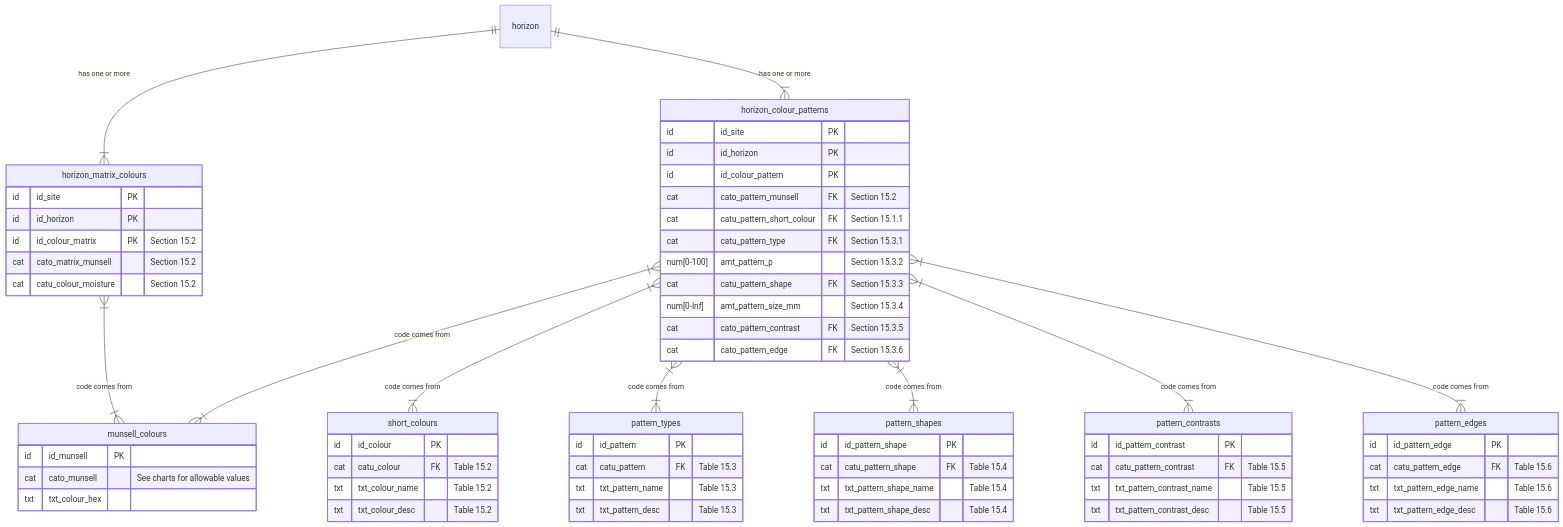
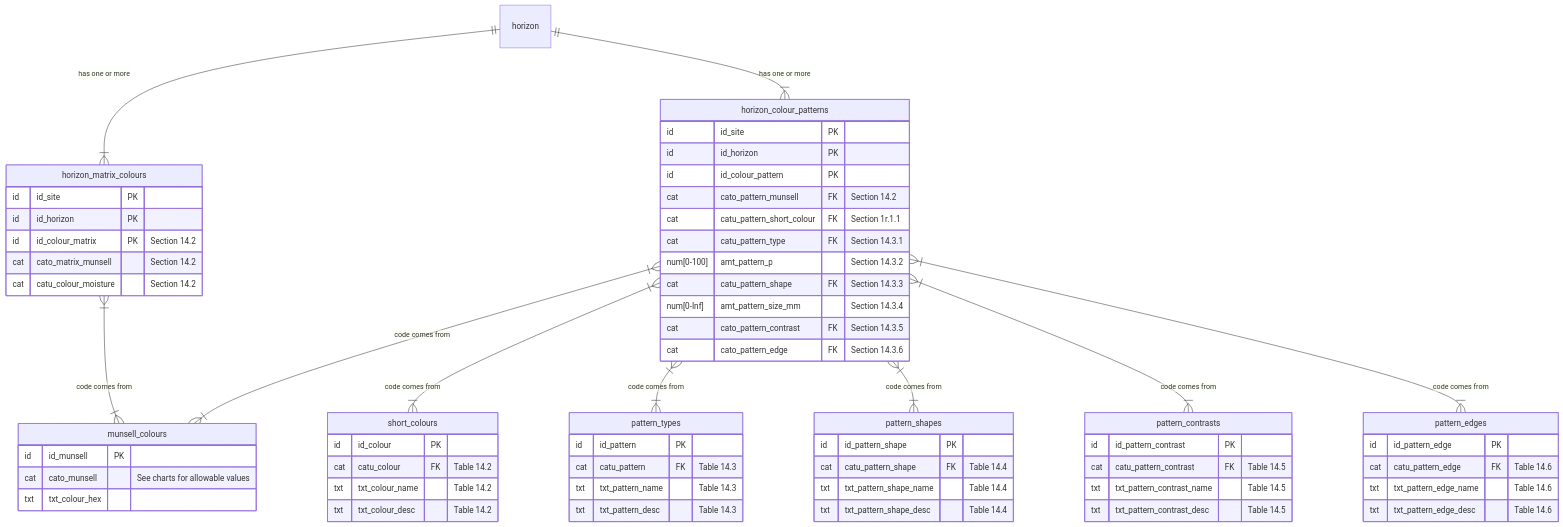
One commit to manaakiwhenua/NZ_soildesc_2024 changed diagram 13 of 25 in ap_03_database_design.qmd. Above: the diagram before and after it, drawn with Mermaid. The commit also changed other lines of this file and 5 other files, not shown here.

````diff
--- a/ap_03_database_design.qmd
+++ b/ap_03_database_design.qmd
@@ -1074,11 +1074,11 @@
   horizon_matrix_colours {
     id          id_site PK
     id          id_horizon PK
-    id          id_colour_matrix PK        "Section 15.2"
+    id          id_colour_matrix PK        "Section 14.2"
     %% can also split into hue/value/chroma with subtables %%
-    cat         cato_matrix_munsell        "Section 15.2"
+    cat         cato_matrix_munsell        "Section 14.2"
     %% no simple colours on the matrix!! %%
-    cat         catu_colour_moisture       "Section 15.2"
+    cat         catu_colour_moisture       "Section 14.2"
   }
   
   horizon_colour_patterns {
@@ -1086,15 +1086,15 @@
     id          id_horizon PK
     id          id_colour_pattern PK
     %% either %%
-    cat         cato_pattern_munsell FK        "Section 15.2"
+    cat         cato_pattern_munsell FK        "Section 14.2"
     %% or, %%
-    cat         catu_pattern_short_colour FK   "Section 15.1.1"
-    cat         catu_pattern_type FK           "Section 15.3.1"
-    num[0-100]  amt_pattern_p                  "Section 15.3.2"
-    cat         catu_pattern_shape  FK         "Section 15.3.3"
-    num[0-Inf]  amt_pattern_size_mm            "Section 15.3.4"
-    cat         cato_pattern_contrast FK       "Section 15.3.5"
-    cat         cato_pattern_edge FK           "Section 15.3.6"
+    cat         catu_pattern_short_colour FK   "Section 1r.1.1"
+    cat         catu_pattern_type FK           "Section 14.3.1"
+    num[0-100]  amt_pattern_p                  "Section 14.3.2"
+    cat         catu_pattern_shape  FK         "Section 14.3.3"
+    num[0-Inf]  amt_pattern_size_mm            "Section 14.3.4"
+    cat         cato_pattern_contrast FK       "Section 14.3.5"
+    cat         cato_pattern_edge FK           "Section 14.3.6"
    }
  
   munsell_colours {
@@ -1106,36 +1106,36 @@
    
   short_colours {
     id          id_colour PK
-    cat         catu_colour FK            "Table 15.2"
-    txt         txt_colour_name           "Table 15.2"
-    txt         txt_colour_desc           "Table 15.2"
+    cat         catu_colour FK            "Table 14.2"
+    txt         txt_colour_name           "Table 14.2"
+    txt         txt_colour_desc           "Table 14.2"
   } 
 
   pattern_types {
     id          id_pattern PK
-    cat         catu_pattern FK           "Table 15.3"
-    txt         txt_pattern_name          "Table 15.3"
-    txt         txt_pattern_desc          "Table 15.3"
+    cat         catu_pattern FK           "Table 14.3"
+    txt         txt_pattern_name          "Table 14.3"
+    txt         txt_pattern_desc          "Table 14.3"
   } 
 
   pattern_shapes {
     id          id_pattern_shape PK
-    cat         catu_pattern_shape FK     "Table 15.4"
-    txt         txt_pattern_shape_name    "Table 15.4"
-    txt         txt_pattern_shape_desc    "Table 15.4"
+    cat         catu_pattern_shape FK     "Table 14.4"
+    txt         txt_pattern_shape_name    "Table 14.4"
+    txt         txt_pattern_shape_desc    "Table 14.4"
   }
 
   pattern_contrasts {
     id          id_pattern_contrast PK
-    cat         catu_pattern_contrast FK  "Table 15.5"
-    txt         txt_pattern_contrast_name "Table 15.5"
-    txt         txt_pattern_contrast_desc "Table 15.5"
+    cat         catu_pattern_contrast FK  "Table 14.5"
+    txt         txt_pattern_contrast_name "Table 14.5"
+    txt         txt_pattern_contrast_desc "Table 14.5"
   }
   
   pattern_edges {
     id          id_pattern_edge PK
-    cat         catu_pattern_edge FK      "Table 15.6"
-    txt         txt_pattern_edge_name     "Table 15.6"
-    txt         txt_pattern_edge_desc     "Table 15.6"
+    cat         catu_pattern_edge FK      "Table 14.6"
+    txt         txt_pattern_edge_name     "Table 14.6"
+    txt         txt_pattern_edge_desc     "Table 14.6"
   }
 ```
````
